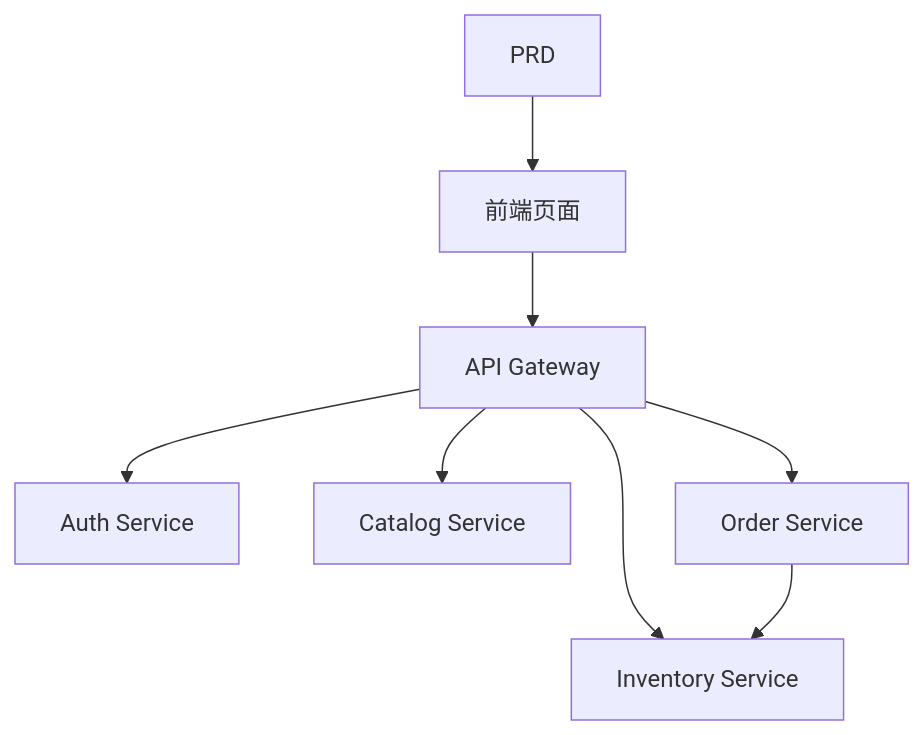
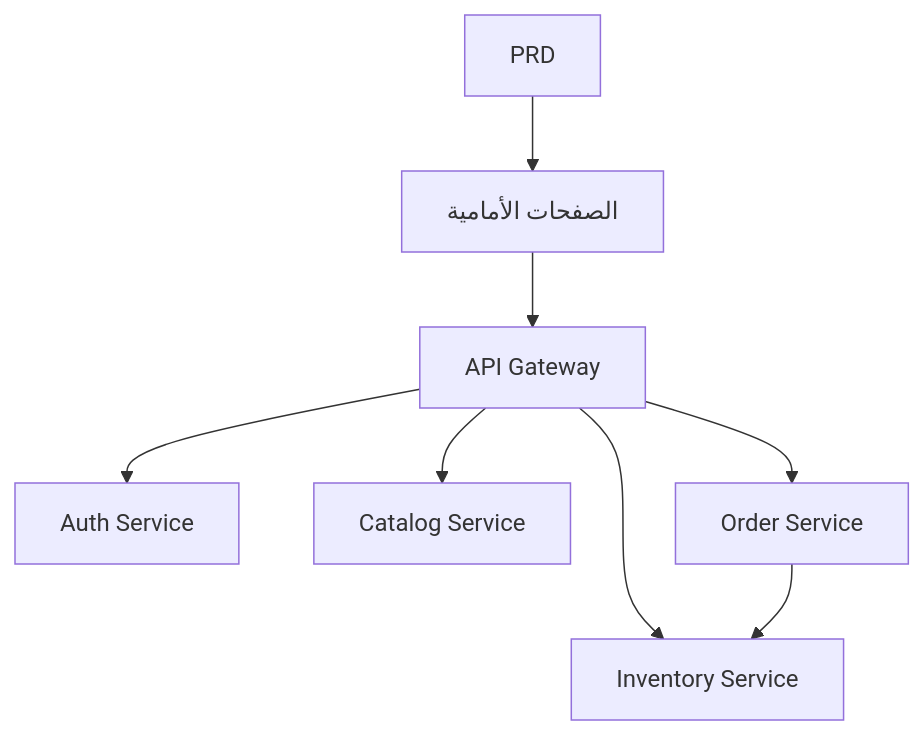
Before and after one commit to sketchymonk/easy-vibe: the diagram in docs/ar-sa/stage-2/assignments/simple-grocery-microservices/index.md, drawn with Mermaid. The commit also changed other lines of this file and 59 other files, not shown here.

````diff
--- a/docs/ar-sa/stage-2/assignments/simple-grocery-microservices/index.md
+++ b/docs/ar-sa/stage-2/assignments/simple-grocery-microservices/index.md
@@ -79,10 +79,10 @@
 ```mermaid
 flowchart TD
-  prd["PRD"] --> fe["前端页面"]
+  prd["PRD"] --> fe["الصفحات الأمامية"]
   fe --> gw["API Gateway"]
   gw --> auth["Auth Service"]
   gw --> catalog["Catalog Service"]
   gw --> inventory["Inventory Service"]
   gw --> order["Order Service"]
   order --> inventory
 ```
````
